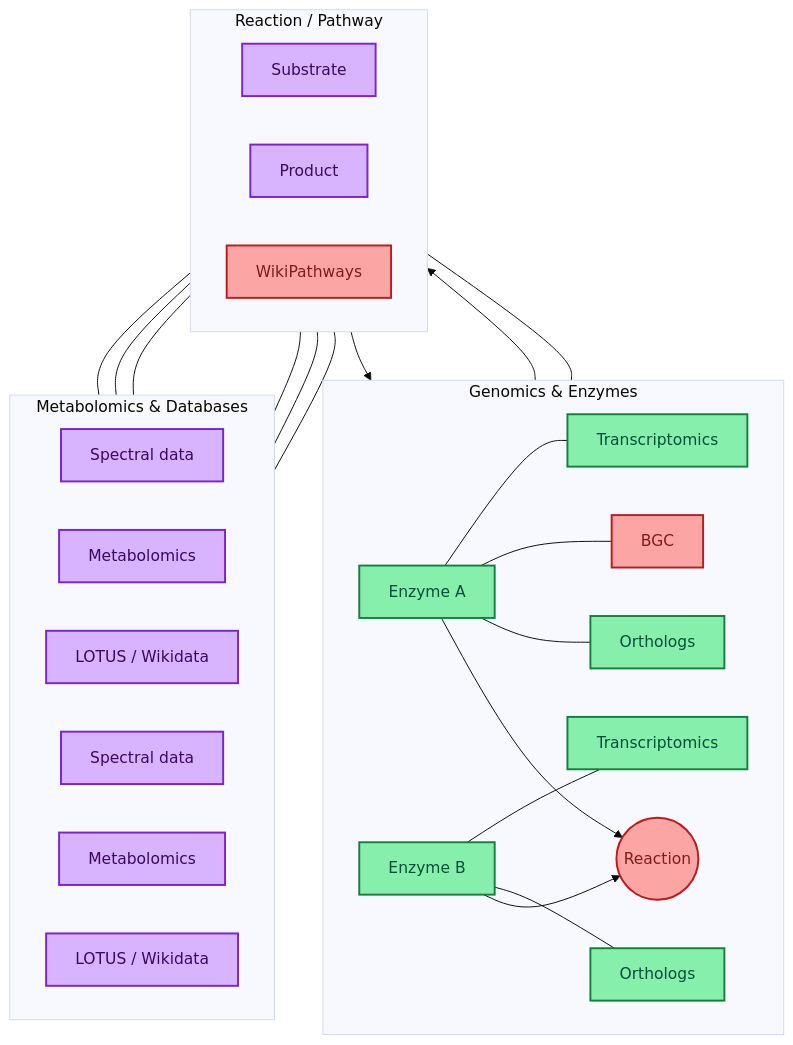
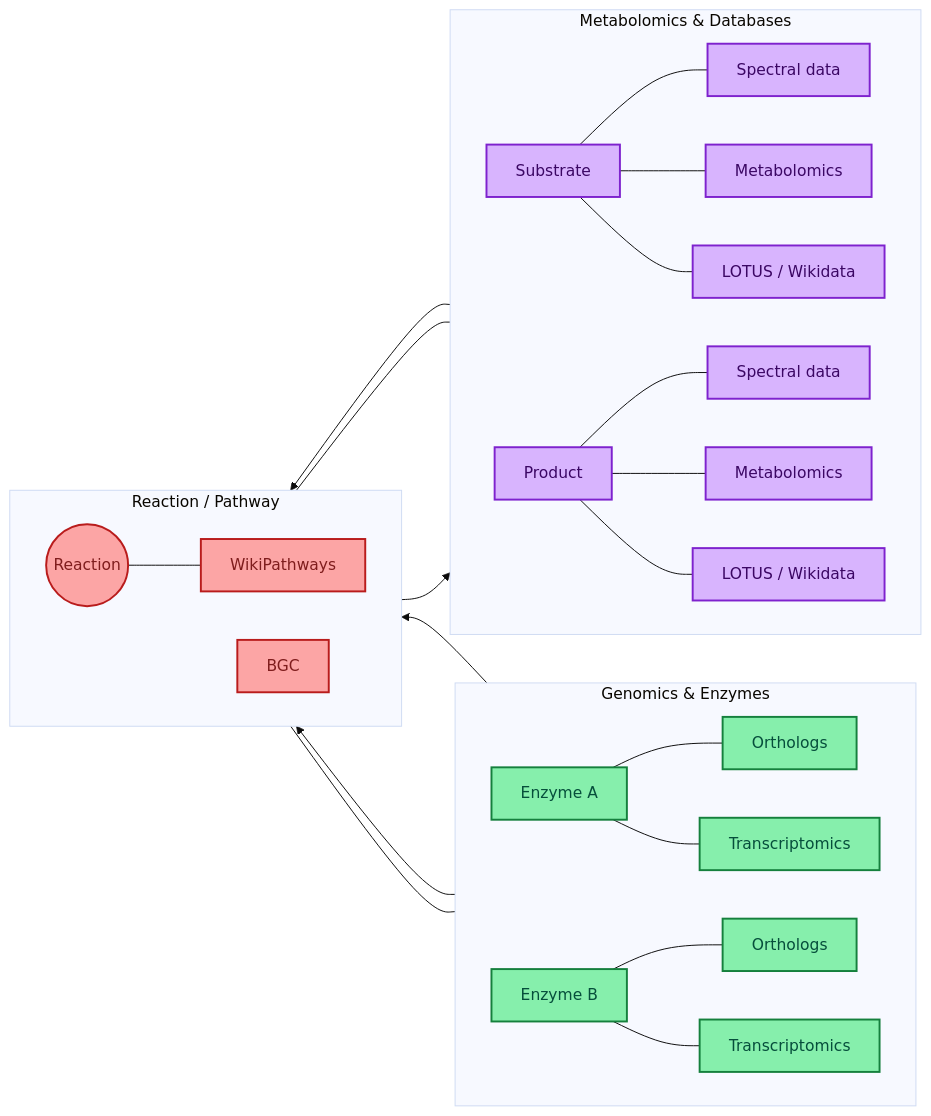
One commit to pathway-lod/lod-pathways-community changed the diagram in README.md. Above: the diagram before and after it, drawn with Mermaid.

Commit message:
Edited mermaid plot with subgraphs

````diff
--- a/README.md
+++ b/README.md
@@ -32,49 +32,50 @@
 ```mermaid
 %%{init: {"theme": "base", "themeVariables": {"fontSize": "16px"}}}%%
 
-flowchart TD
+flowchart RL
 
 %% =========================
 %%   GENOMICS / ENZYMES (TOP)
 %% =========================
 subgraph A[Genomics & Enzymes]
 direction LR
-  E1[Enzyme A]:::genomic --> R
-  E2[Enzyme B]:::genomic --> R
   E1 --- O1[Orthologs]:::genomic
-  E1 --- B1[BGC]:::reaction
   E1 --- T1[Transcriptomics]:::genomic
   E2 --- O2[Orthologs]:::genomic
   E2 --- T2[Transcriptomics]:::genomic
 end
 
 %% =========================
 %%   REACTION / PATHWAY (MIDDLE)
 %% =========================
 subgraph B[Reaction / Pathway]
 direction LR
-  S[Substrate]:::chemical --> R((Reaction)):::reaction --> P[Product]:::chemical
+  E1[Enzyme A]:::genomic --> R
+  E2[Enzyme B]:::genomic --> R
+  E1 --- B1[BGC]:::reaction
   R --- WP[WikiPathways]:::reaction
 end
 
 %% =========================
 %%   METABOLOMICS / EVIDENCE (BOTTOM)
 %% =========================
 subgraph C[Metabolomics & Databases]
 direction LR
+  S[Substrate]:::chemical --> R((Reaction)):::reaction --> P[Product]:::chemical
   S --- SS[Spectral data]:::chemical
   S --- SM[Metabolomics]:::chemical
   S --- SN[LOTUS / Wikidata]:::chemical
+  SN[LOTUS / Wikidata] --- WP[WikiPathways]
 
   P --- PS1[Spectral data]:::chemical
   P --- PM[Metabolomics]:::chemical
   P --- PN[LOTUS / Wikidata]:::chemical
 end
 
 %% =========================
 %%   COLORS
 %% =========================
 classDef reaction fill:#fca5a5,stroke:#b91c1c,stroke-width:2px,color:#7f1d1d;
 classDef genomic  fill:#86efac,stroke:#15803d,stroke-width:2px,color:#064e3b;
 classDef chemical fill:#d8b4fe,stroke:#7e22ce,stroke-width:2px,color:#3b0764;
 ```
````
